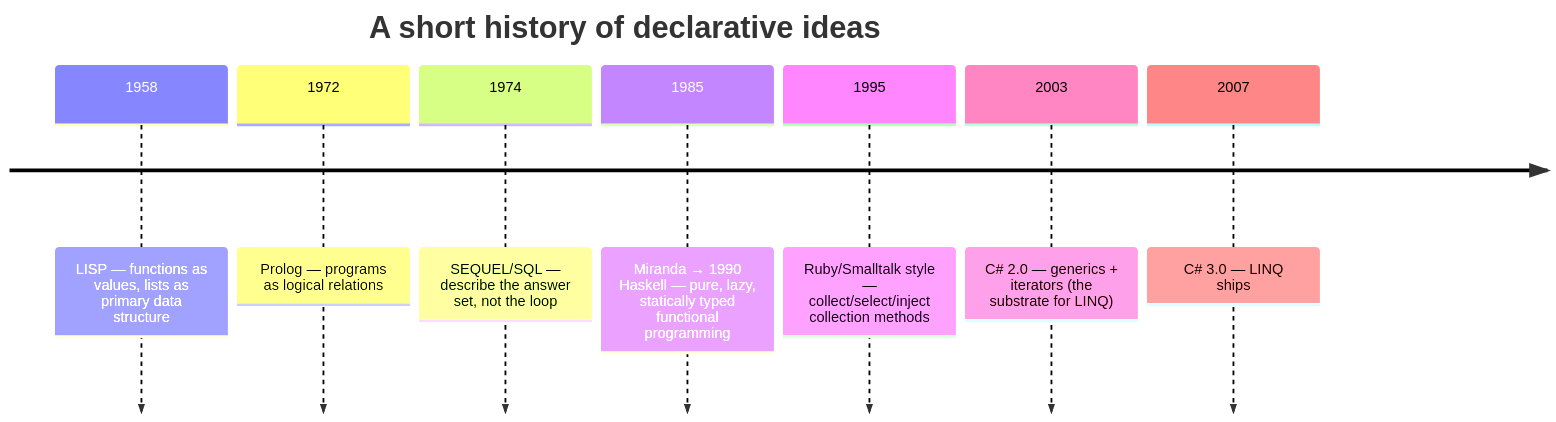
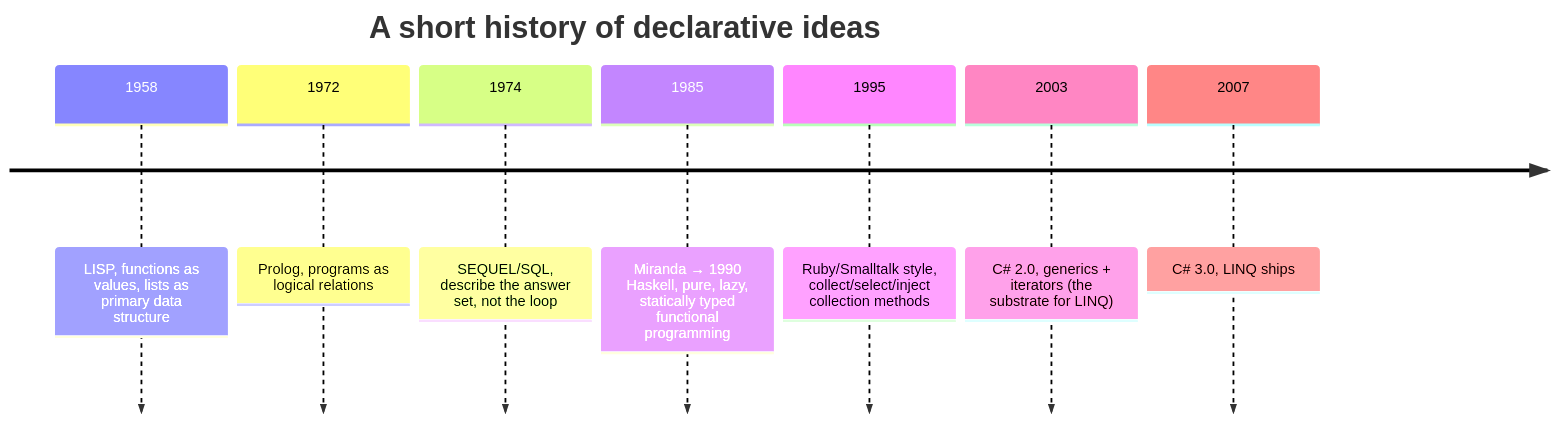
Before and after one commit to dataslope/dataslope: the first of 2 diagrams in content/courses/csharp-linq-functional/why-declarative-won.mdx, drawn with Mermaid. The commit also changed other lines of this file and 1206 other files, not shown here.

````diff
--- a/content/courses/csharp-linq-functional/why-declarative-won.mdx
+++ b/content/courses/csharp-linq-functional/why-declarative-won.mdx
@@ -42,11 +42,11 @@
 ```mermaid
 timeline
     title A short history of declarative ideas
-    1958 : LISP — functions as values, lists as primary data structure
-    1972 : Prolog — programs as logical relations
-    1974 : SEQUEL/SQL — describe the answer set, not the loop
-    1985 : Miranda → 1990 Haskell — pure, lazy, statically typed functional programming
-    1995 : Ruby/Smalltalk style — collect/select/inject collection methods
-    2003 : C# 2.0 — generics + iterators (the substrate for LINQ)
-    2007 : C# 3.0 — LINQ ships
+    1958 : LISP, functions as values, lists as primary data structure
+    1972 : Prolog, programs as logical relations
+    1974 : SEQUEL/SQL, describe the answer set, not the loop
+    1985 : Miranda → 1990 Haskell, pure, lazy, statically typed functional programming
+    1995 : Ruby/Smalltalk style, collect/select/inject collection methods
+    2003 : C# 2.0, generics + iterators (the substrate for LINQ)
+    2007 : C# 3.0, LINQ ships
 ```
````
